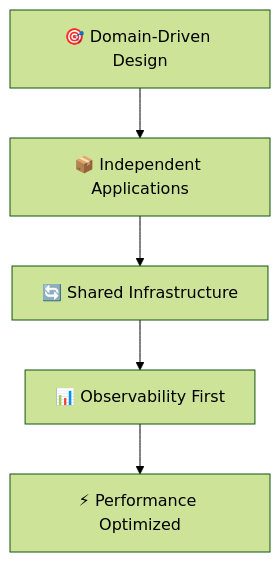
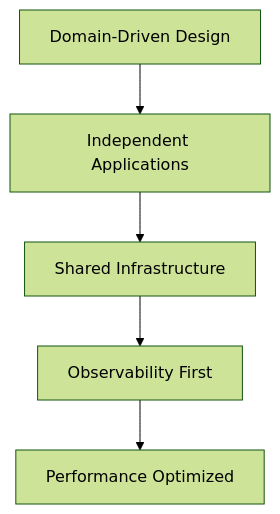
The diagram in README.md (dunamismax/discord-bot-framework), drawn with Mermaid (forest theme) before and after one commit. The commit also changed other lines of this file and 30 other files, not shown here.

````diff
--- a/README.md
+++ b/README.md
@@ -321,7 +316,7 @@
 ```mermaid
 graph TD
-    A["🎯 Domain-Driven Design"] --> B["📦 Independent Applications"]
-    B --> C["🔄 Shared Infrastructure"]
-    C --> D["📊 Observability First"]
-    D --> E["⚡ Performance Optimized"]
+    A["Domain-Driven Design"] --> B["Independent Applications"]
+    B --> C["Shared Infrastructure"]
+    C --> D["Observability First"]
+    D --> E["Performance Optimized"]
 ```
````
